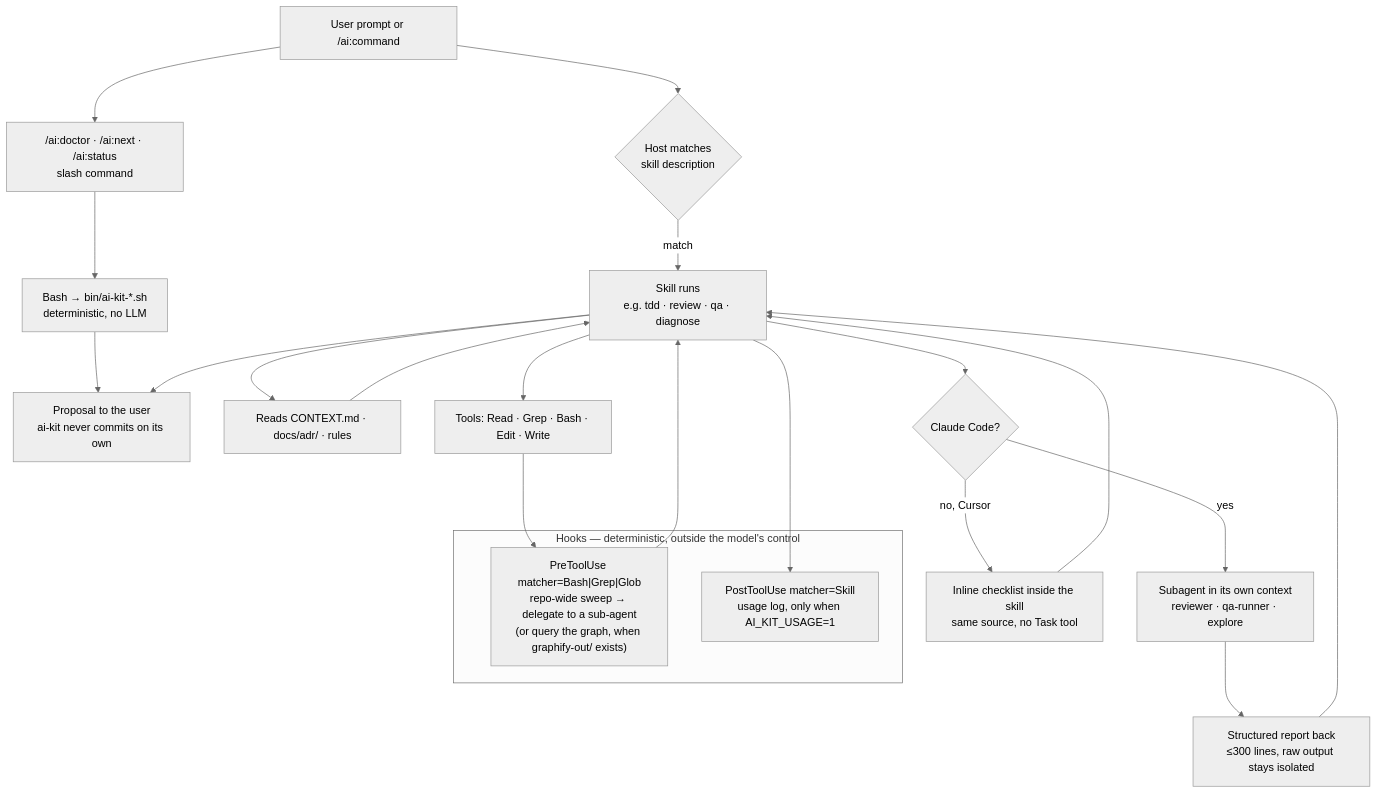
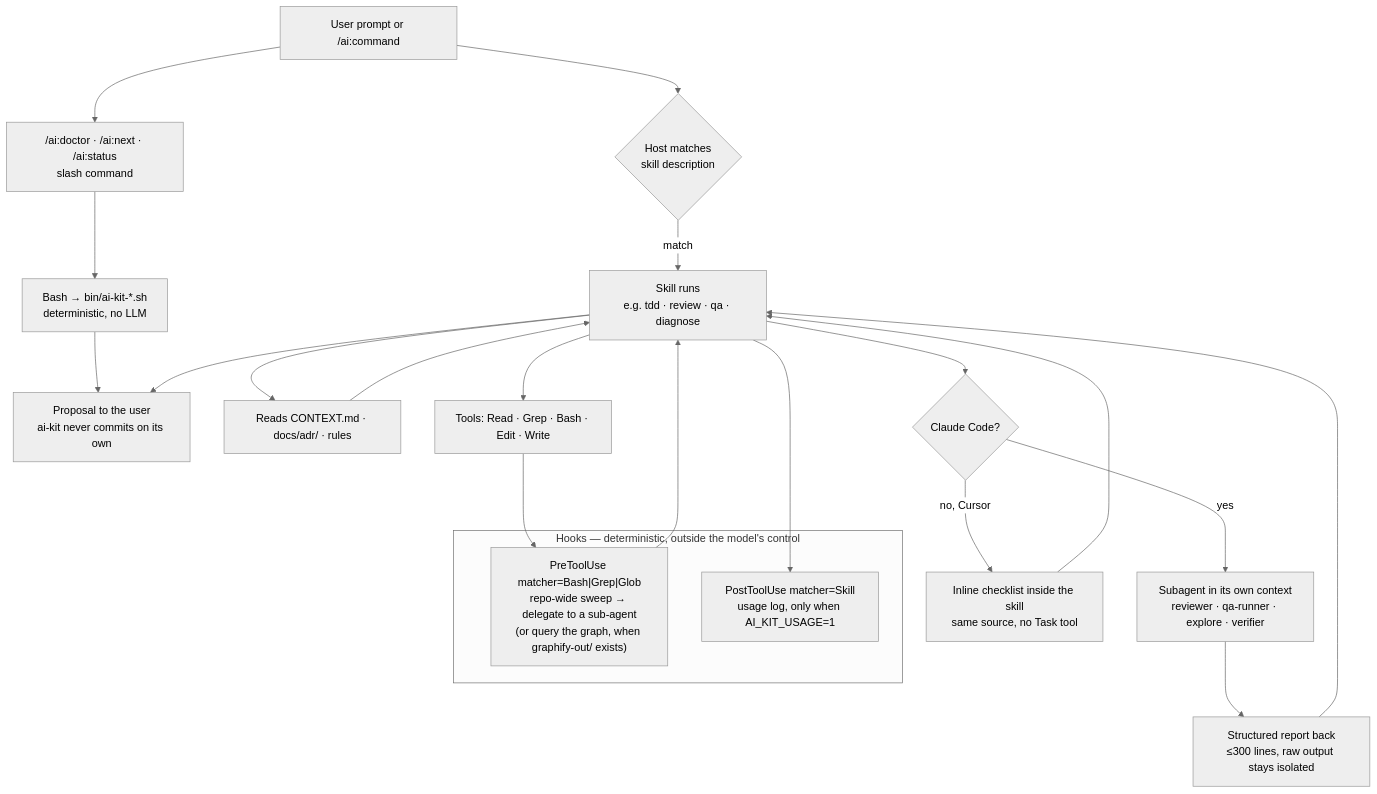
Before and after one commit to yusufkaracaburun/ai-kit: the second of 2 diagrams in docs/diagrams.md, drawn with Mermaid (neutral theme). The commit also changed other lines of this file and 13 other files, not shown here.

First line of the commit message:
feat(agents): add verifier subagent, wired into review and autonomous

````diff
--- a/docs/diagrams.md
+++ b/docs/diagrams.md
@@ -60,35 +60,35 @@
 ```mermaid
 flowchart TD
   U["User prompt or /ai:command"]
 
   U --> SEL{"Host matches<br/>skill description"}
   U --> CMD["/ai:doctor · /ai:next · /ai:status<br/>slash command"]
 
   SEL -->|match| SK["Skill runs<br/>e.g. tdd · review · qa · diagnose"]
   CMD --> BIN["Bash → bin/ai-kit-*.sh<br/>deterministic, no LLM"]
   BIN --> OUT
 
   SK --> CTX["Reads CONTEXT.md · docs/adr/ · rules"]
   CTX --> SK
 
   SK --> TOOL["Tools: Read · Grep · Bash · Edit · Write"]
   SK --> DEL{"Claude Code?"}
 
-  DEL -->|yes| SUB["Subagent in its own context<br/>reviewer · qa-runner · explore"]
+  DEL -->|yes| SUB["Subagent in its own context<br/>reviewer · qa-runner · explore · verifier"]
   DEL -->|no, Cursor| INL["Inline checklist inside the skill<br/>same source, no Task tool"]
 
   SUB --> REP["Structured report back<br/>≤300 lines, raw output stays isolated"]
   REP --> SK
   INL --> SK
 
   TOOL --> HK1
   SK --> HK2
 
   subgraph HOOKS["Hooks — deterministic, outside the model's control"]
     HK1["PreToolUse matcher=Bash|Grep|Glob<br/>repo-wide sweep → delegate to a sub-agent<br/>(or query the graph, when graphify-out/ exists)"]
     HK2["PostToolUse matcher=Skill<br/>usage log, only when AI_KIT_USAGE=1"]
   end
 
   HK1 --> SK
   SK --> OUT["Proposal to the user<br/>ai-kit never commits on its own"]
 ```
````
